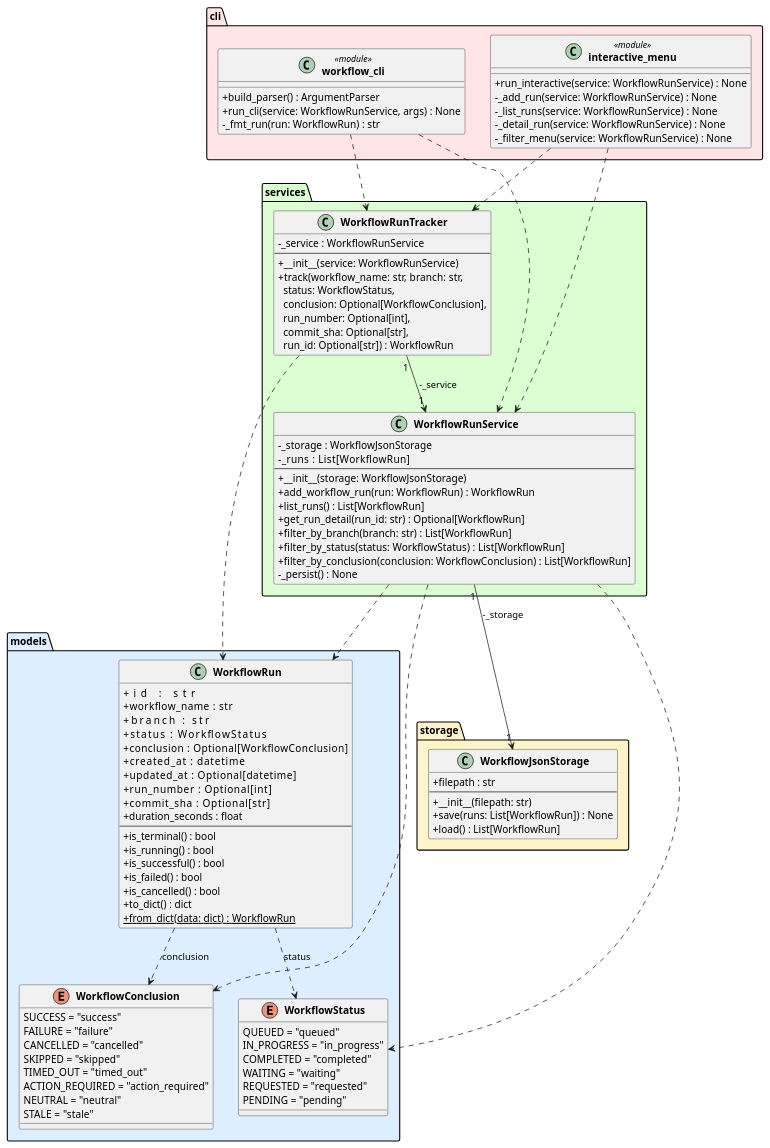
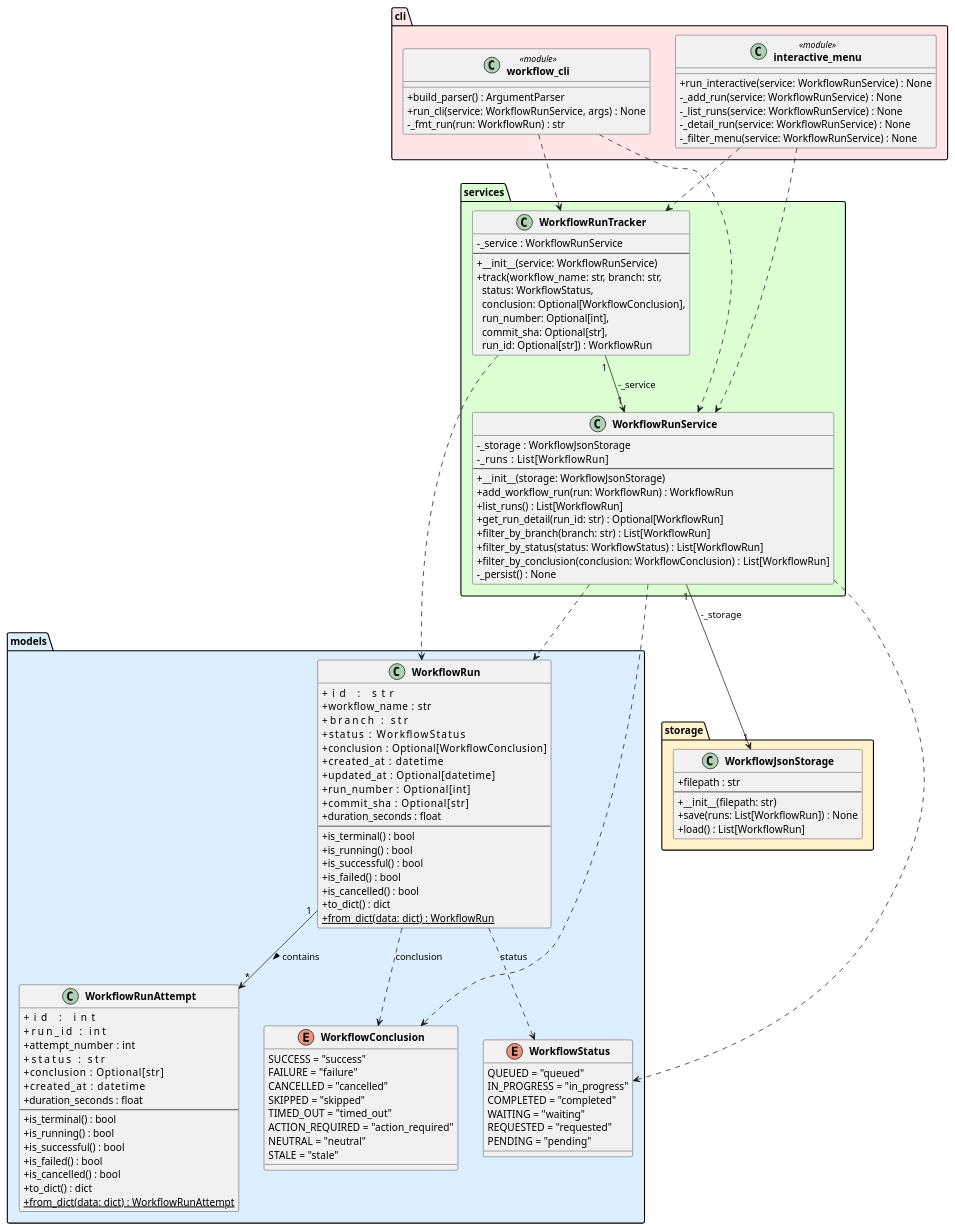
The diagram in experiments/broadcast/structured_text/github-workflow-manager/artifacts/class_diagram.puml (DanielRiha8906/Software_autoevolution_using_agents), drawn with PlantUML before and after one commit. The commit also changed 4 other files, not shown here.

```diff
--- a/experiments/broadcast/structured_text/github-workflow-manager/artifacts/class_diagram.puml
+++ b/experiments/broadcast/structured_text/github-workflow-manager/artifacts/class_diagram.puml
@@ -1,111 +1,130 @@
 @startuml class_diagram
 
 skinparam classAttributeIconSize 0
 skinparam classFontStyle bold
 
 package "models" #DDEEFF {
     enum WorkflowStatus {
         QUEUED = "queued"
         IN_PROGRESS = "in_progress"
         COMPLETED = "completed"
         WAITING = "waiting"
         REQUESTED = "requested"
         PENDING = "pending"
     }
 
     enum WorkflowConclusion {
         SUCCESS = "success"
         FAILURE = "failure"
         CANCELLED = "cancelled"
         SKIPPED = "skipped"
         TIMED_OUT = "timed_out"
         ACTION_REQUIRED = "action_required"
         NEUTRAL = "neutral"
         STALE = "stale"
     }
 
     class WorkflowRun {
         +id               : str
         +workflow_name    : str
         +branch           : str
         +status           : WorkflowStatus
         +conclusion       : Optional[WorkflowConclusion]
         +created_at       : datetime
         +updated_at       : Optional[datetime]
         +run_number       : Optional[int]
         +commit_sha       : Optional[str]
         +duration_seconds : float
         --
         +is_terminal() : bool
         +is_running() : bool
         +is_successful() : bool
         +is_failed() : bool
         +is_cancelled() : bool
         +to_dict() : dict
         +{static} from_dict(data: dict) : WorkflowRun
+    }
+
+    class WorkflowRunAttempt {
+        +id               : int
+        +run_id           : int
+        +attempt_number   : int
+        +status           : str
+        +conclusion       : Optional[str]
+        +created_at       : datetime
+        +duration_seconds : float
+        --
+        +is_terminal() : bool
+        +is_running() : bool
+        +is_successful() : bool
+        +is_failed() : bool
+        +is_cancelled() : bool
+        +to_dict() : dict
+        +{static} from_dict(data: dict) : WorkflowRunAttempt
     }
 }
 
 package "storage" #FFF3CC {
     class WorkflowJsonStorage {
         +filepath : str
         --
         +__init__(filepath: str)
         +save(runs: List[WorkflowRun]) : None
         +load() : List[WorkflowRun]
     }
 }
 
 package "services" #DDFFD4 {
     class WorkflowRunService {
         -_storage : WorkflowJsonStorage
         -_runs    : List[WorkflowRun]
         --
         +__init__(storage: WorkflowJsonStorage)
         +add_workflow_run(run: WorkflowRun) : WorkflowRun
         +list_runs() : List[WorkflowRun]
         +get_run_detail(run_id: str) : Optional[WorkflowRun]
         +filter_by_branch(branch: str) : List[WorkflowRun]
         +filter_by_status(status: WorkflowStatus) : List[WorkflowRun]
         +filter_by_conclusion(conclusion: WorkflowConclusion) : List[WorkflowRun]
         -_persist() : None
     }
 
     class WorkflowRunTracker {
         -_service : WorkflowRunService
         --
         +__init__(service: WorkflowRunService)
         +track(workflow_name: str, branch: str,\n  status: WorkflowStatus,\n  conclusion: Optional[WorkflowConclusion],\n  run_number: Optional[int],\n  commit_sha: Optional[str],\n  run_id: Optional[str]) : WorkflowRun
     }
 }
 
 package "cli" #FFE5E5 {
     class "workflow_cli" <<module>> {
         +build_parser() : ArgumentParser
         +run_cli(service: WorkflowRunService, args) : None
         -_fmt_run(run: WorkflowRun) : str
     }
 
     class "interactive_menu" <<module>> {
         +run_interactive(service: WorkflowRunService) : None
         -_add_run(service: WorkflowRunService) : None
         -_list_runs(service: WorkflowRunService) : None
         -_detail_run(service: WorkflowRunService) : None
         -_filter_menu(service: WorkflowRunService) : None
     }
 }
 
+WorkflowRun                "1" --> "*" WorkflowRunAttempt   : contains >
 WorkflowRun                ..>  WorkflowStatus        : status
 WorkflowRun                ..>  WorkflowConclusion    : conclusion
 WorkflowRunService    "1" --> "1" WorkflowJsonStorage : -_storage
 WorkflowRunService         ..>  WorkflowRun
 WorkflowRunService         ..>  WorkflowStatus
 WorkflowRunService         ..>  WorkflowConclusion
 WorkflowRunTracker    "1" --> "1" WorkflowRunService  : -_service
 WorkflowRunTracker         ..>  WorkflowRun
 "workflow_cli"             ..>  WorkflowRunService
 "workflow_cli"             ..>  WorkflowRunTracker
 "interactive_menu"         ..>  WorkflowRunService
 "interactive_menu"         ..>  WorkflowRunTracker
 
 @enduml
```
